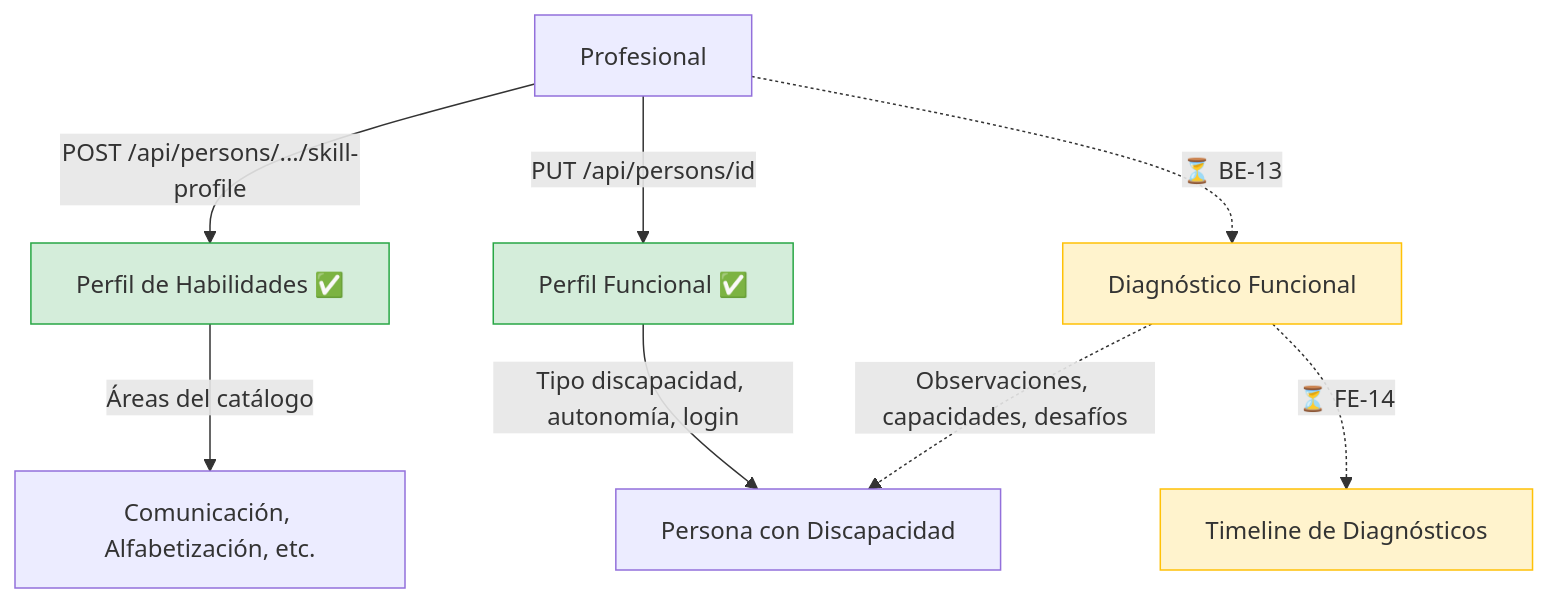
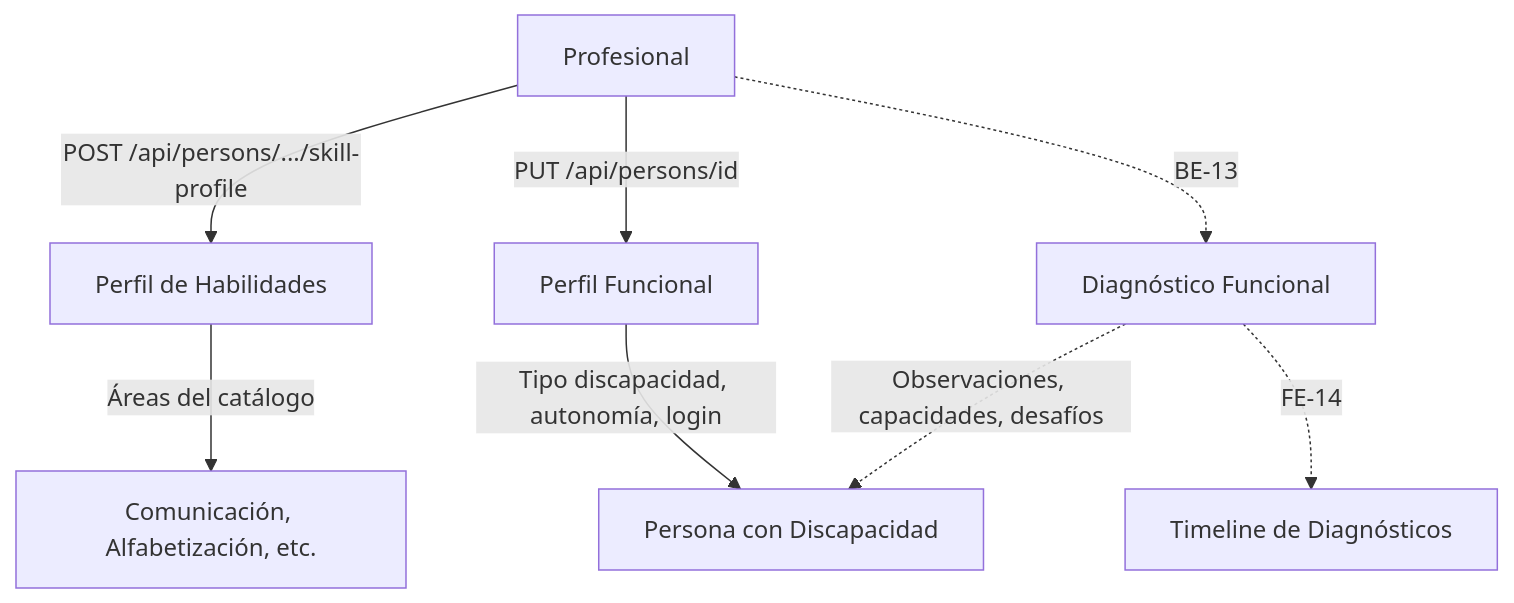
Before and after one commit to Sacha-html/InclusiON: the diagram in Process/09-evaluacion-diagnostico.md, drawn with Mermaid. The commit also changed other lines of this file and 32 other files, not shown here.

First line of the commit message:
Add context diagram, data dictionary, and glossary for InclusiON system

````diff
--- a/Process/09-evaluacion-diagnostico.md
+++ b/Process/09-evaluacion-diagnostico.md
@@ -38,17 +38,13 @@
 ```mermaid
 flowchart TD
-    PROF[Profesional] -->|POST /api/persons/.../skill-profile| SP[Perfil de Habilidades ✅]
+    PROF[Profesional] -->|POST /api/persons/.../skill-profile| SP[Perfil de Habilidades]
     SP -->|Áreas del catálogo| AREAS[Comunicación, Alfabetización, etc.]
 
-    PROF -->|PUT /api/persons/id| PF[Perfil Funcional ✅]
+    PROF -->|PUT /api/persons/id| PF[Perfil Funcional]
     PF -->|Tipo discapacidad, autonomía, login| PCD[Persona con Discapacidad]
 
-    PROF -.->|⏳ BE-13| DIAG[Diagnóstico Funcional]
+    PROF -.->|BE-13| DIAG[Diagnóstico Funcional]
     DIAG -.->|Observaciones, capacidades, desafíos| PCD
-    DIAG -.->|⏳ FE-14| TIMELINE[Timeline de Diagnósticos]
+    DIAG -.->|FE-14| TIMELINE[Timeline de Diagnósticos]
 
-    style SP fill:#d4edda,stroke:#28a745
-    style PF fill:#d4edda,stroke:#28a745
-    style DIAG fill:#fff3cd,stroke:#ffc107
-    style TIMELINE fill:#fff3cd,stroke:#ffc107
 ```
````
